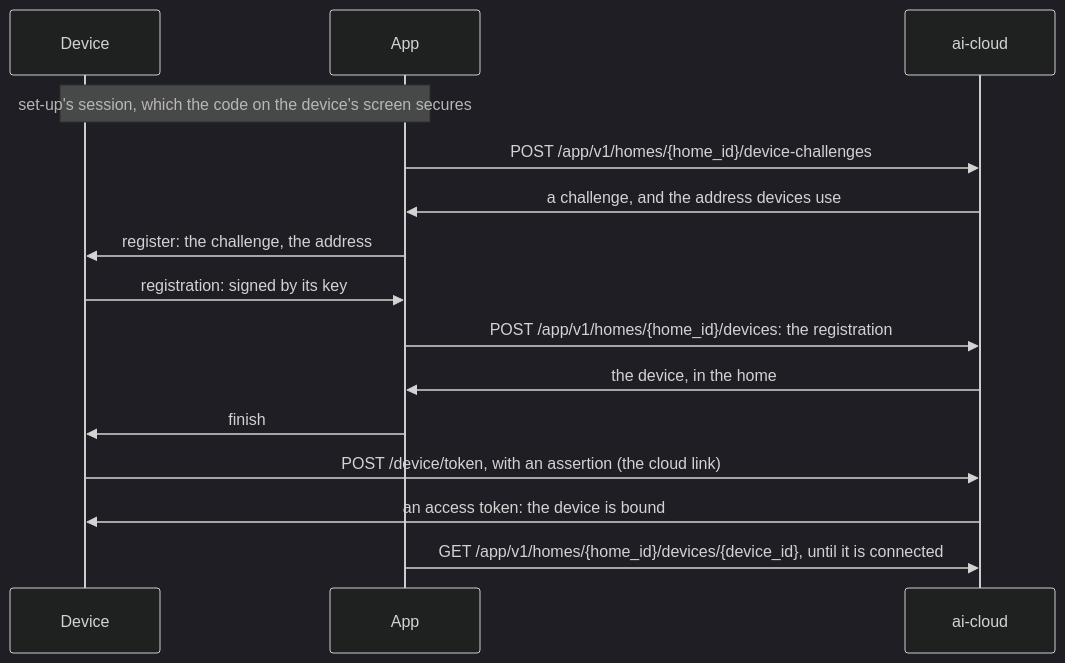
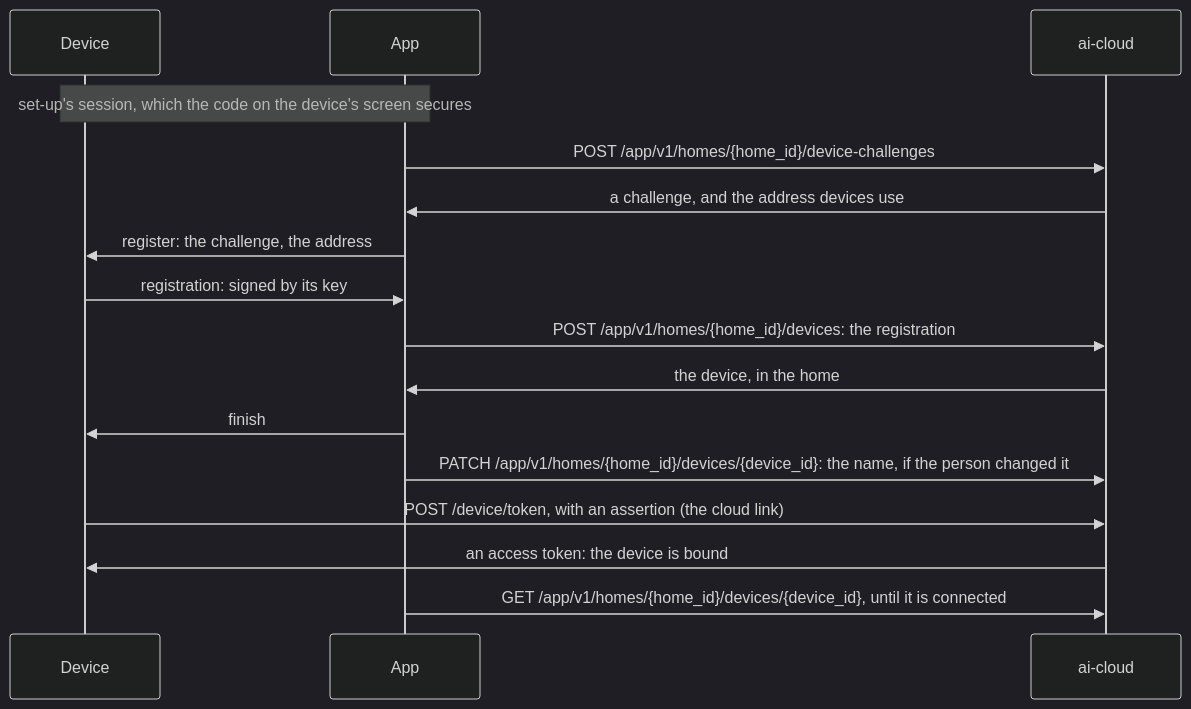
The second of 2 diagrams in protocols/app/README.md (trungnguyen278/ai-platform), drawn with Mermaid (dark theme) before and after one commit. The commit also changed other lines of this file and 10 other files, not shown here.

First line of the commit message:
feat(app): name a home's devices, app API 1.5

````diff
--- a/protocols/app/README.md
+++ b/protocols/app/README.md
@@ -358,17 +363,18 @@
 ```mermaid
 sequenceDiagram
     participant D as Device
     participant A as App
     participant C as ai-cloud
     Note over D,A: set-up's session, which the code on the device's screen secures
     A->>C: POST /app/v1/homes/{home_id}/device-challenges
     C->>A: a challenge, and the address devices use
     A->>D: register: the challenge, the address
     D->>A: registration: signed by its key
     A->>C: POST /app/v1/homes/{home_id}/devices: the registration
     C->>A: the device, in the home
     A->>D: finish
+    A->>C: PATCH /app/v1/homes/{home_id}/devices/{device_id}: the name, if the person changed it
     D->>C: POST /device/token, with an assertion (the cloud link)
     C->>D: an access token: the device is bound
     A->>C: GET /app/v1/homes/{home_id}/devices/{device_id}, until it is connected
 ```
````
